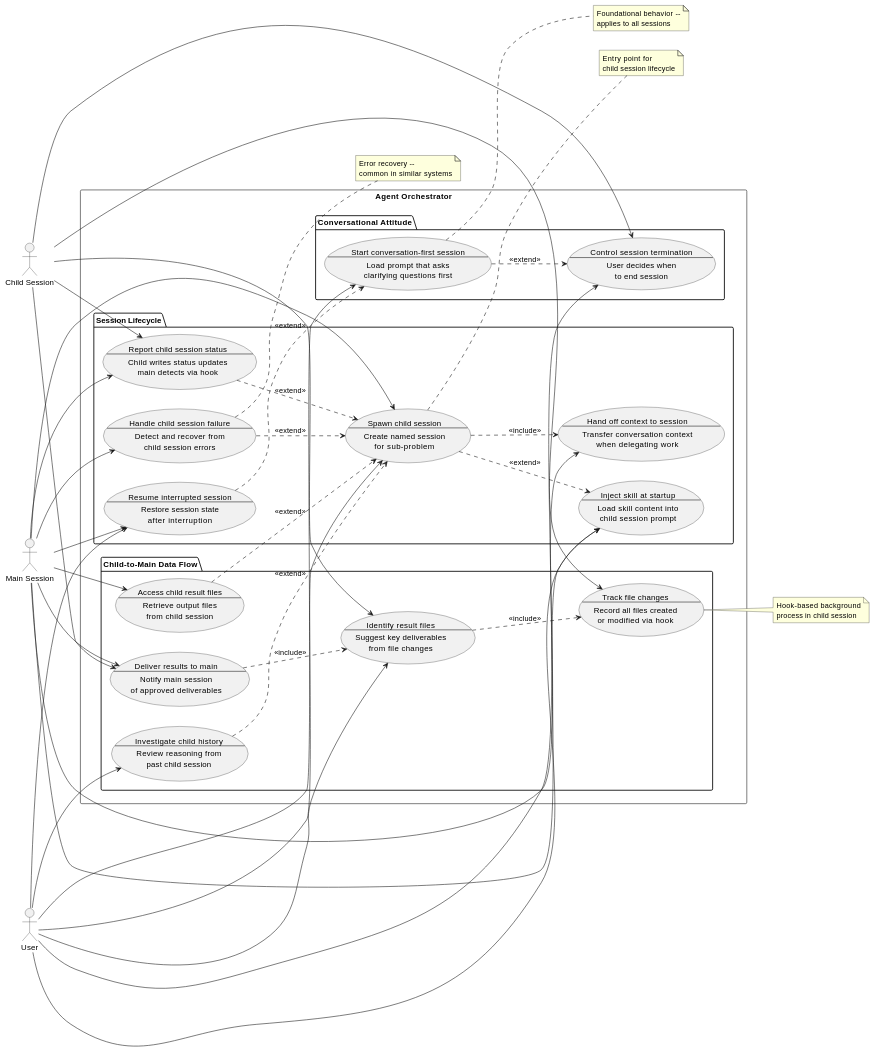
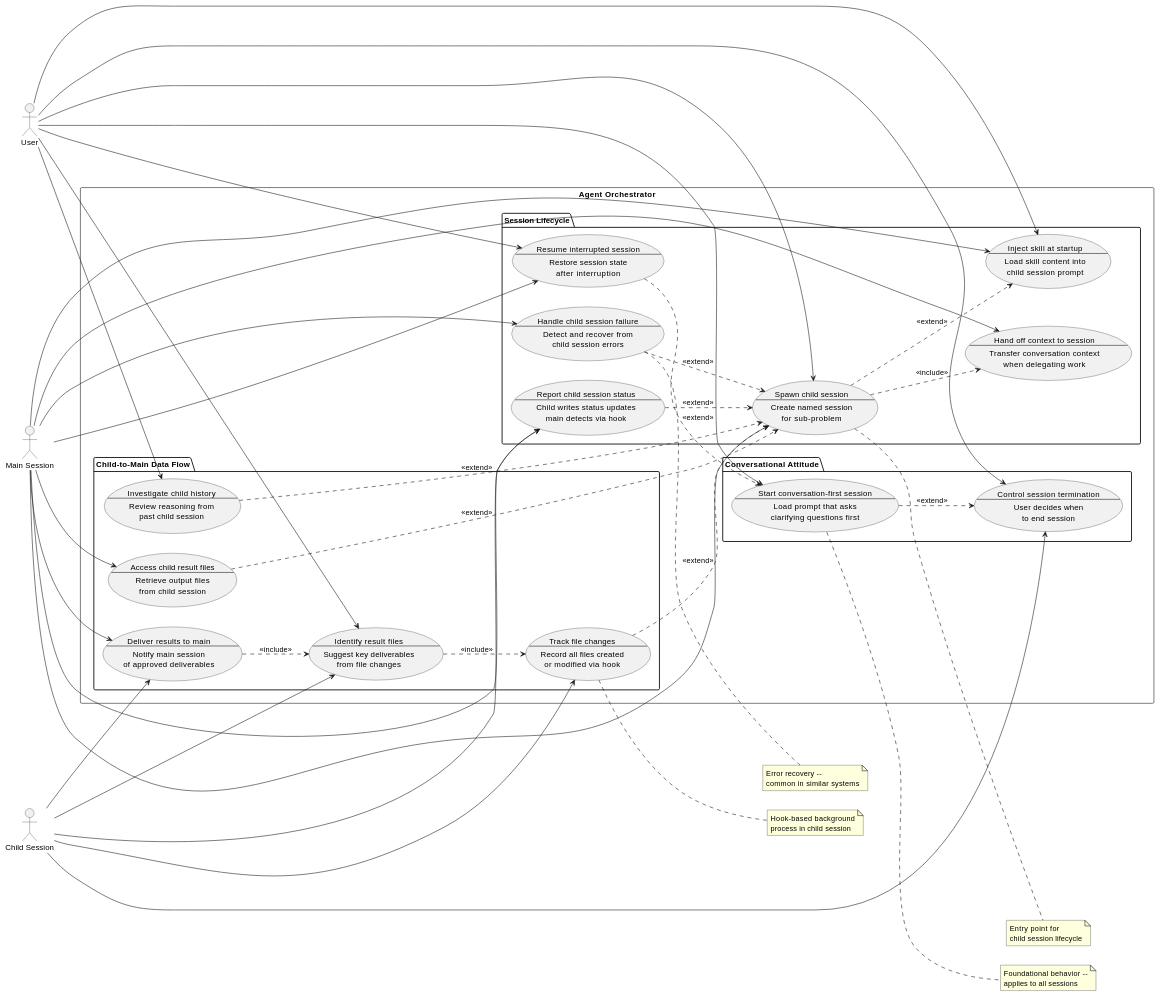
The diagram in A4/co-think/agent-orchestrator.usecase.md (studykit/studykit-marketplace), drawn with PlantUML before and after one commit. The commit also changed other lines of this file and 3 other files, not shown here.

First line of the commit message:
chore: update notebook navigator and sync orchestrator diagram

```diff
--- a/A4/co-think/agent-orchestrator.usecase.md
+++ b/A4/co-think/agent-orchestrator.usecase.md
@@ -171,6 +171,7 @@
 UC3 ..> UC2 : <<extend>>
 UC4 ..> UC2 : <<extend>>
 UC5 ..> UC2 : <<extend>>
+UC8 ..> UC2 : <<extend>>
 UC9 ..> UC8 : <<include>>
 UC10 ..> UC9 : <<include>>
 UC1 ..> UC6 : <<extend>>
```
